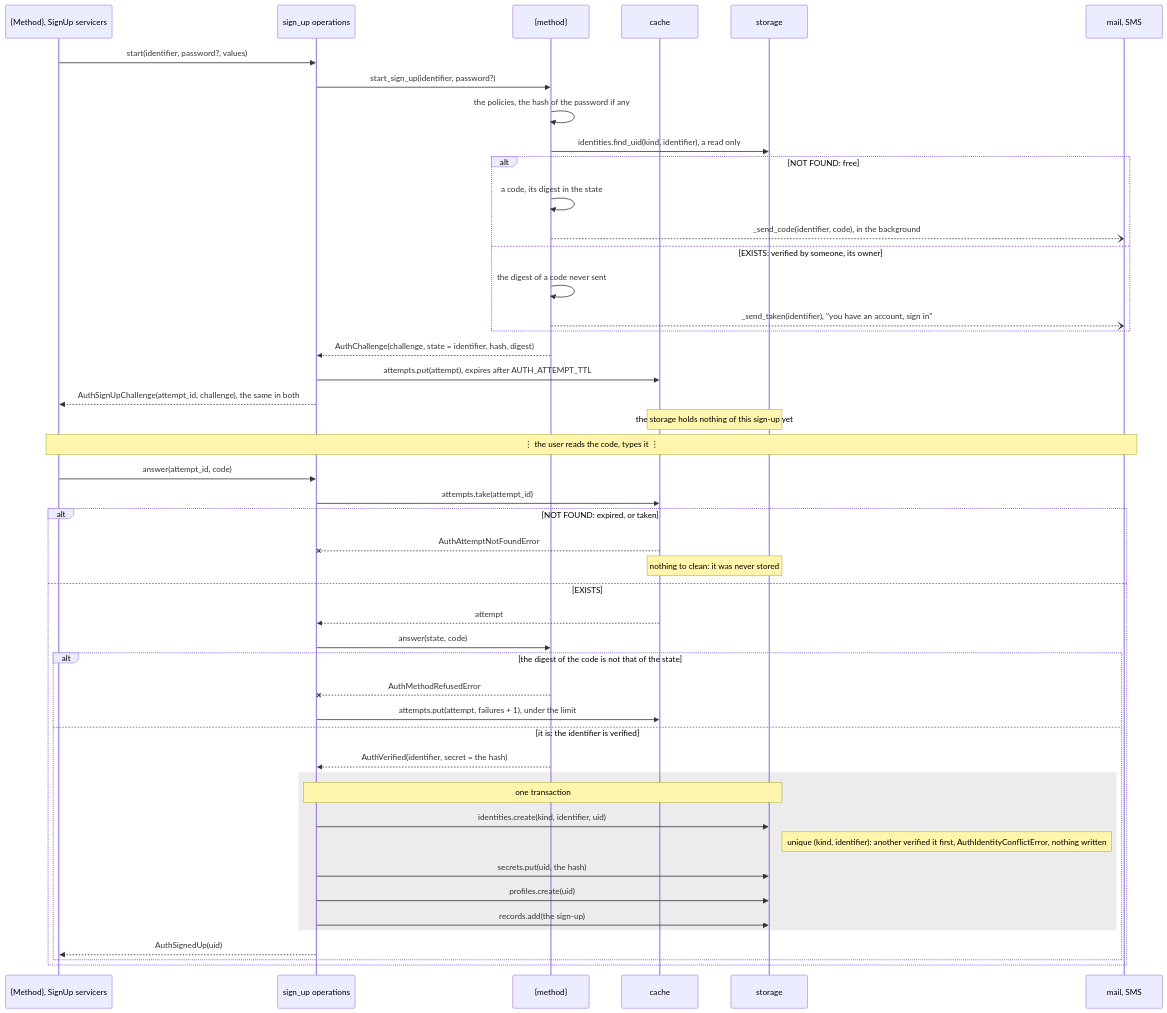
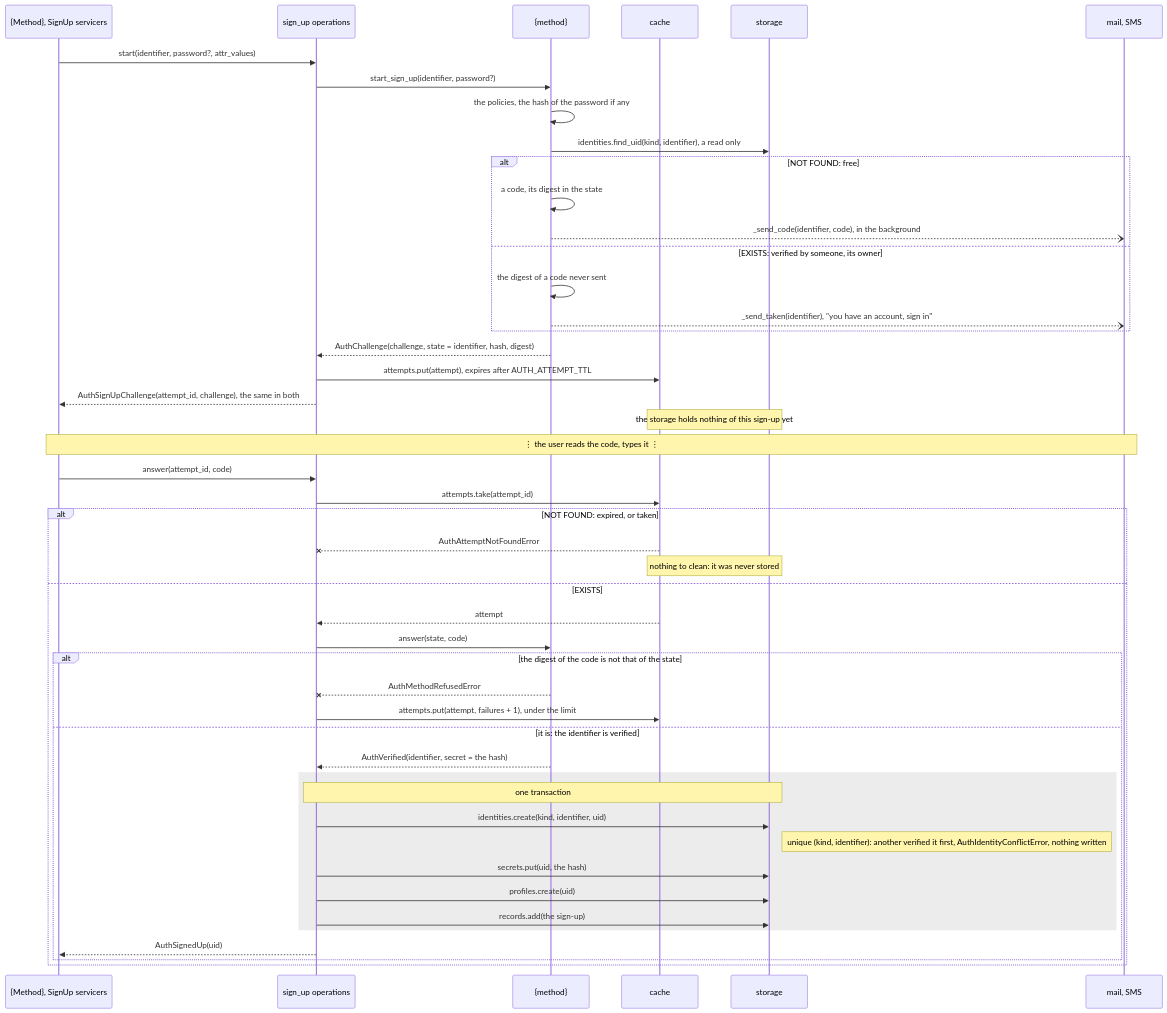
One commit to ak-ingots/ingots-libs changed the fourth of 4 diagrams in docs/design/auth/methods/README.md. Above: the diagram before and after it, drawn with Mermaid. The commit also changed other lines of this file and 8 other files, not shown here.

````diff
--- a/docs/design/auth/methods/README.md
+++ b/docs/design/auth/methods/README.md
@@ -281,49 +281,49 @@
 ```mermaid
 sequenceDiagram
     participant Servicer as {Method}, SignUp servicers
     participant Flow as sign_up operations
     participant Method as {method}
     participant Cache as cache
     participant Storage as storage
     participant Outside as mail, SMS
-    Servicer->>Flow: start(identifier, password?, values)
+    Servicer->>Flow: start(identifier, password?, attr_values)
     Flow->>Method: start_sign_up(identifier, password?)
     Method->>Method: the policies, the hash of the password if any
     Method->>Storage: identities.find_uid(kind, identifier), a read only
     alt NOT FOUND: free
         Method->>Method: a code, its digest in the state
         Method--)Outside: _send_code(identifier, code), in the background
     else EXISTS: verified by someone, its owner
         Method->>Method: the digest of a code never sent
         Method--)Outside: _send_taken(identifier), "you have an account, sign in"
     end
     Method-->>Flow: AuthChallenge(challenge, state = identifier, hash, digest)
     Flow->>Cache: attempts.put(attempt), expires after AUTH_ATTEMPT_TTL
     Flow-->>Servicer: AuthSignUpChallenge(attempt_id, challenge), the same in both
     Note over Cache,Storage: the storage holds nothing of this sign-up yet
     Note over Servicer,Outside: ⋮ the user reads the code, types it ⋮
     Servicer->>Flow: answer(attempt_id, code)
     Flow->>Cache: attempts.take(attempt_id)
     alt NOT FOUND: expired, or taken
         Cache--xFlow: AuthAttemptNotFoundError
         Note over Cache,Storage: nothing to clean: it was never stored
     else EXISTS
         Cache-->>Flow: attempt
         Flow->>Method: answer(state, code)
         alt the digest of the code is not that of the state
             Method--xFlow: AuthMethodRefusedError
             Flow->>Cache: attempts.put(attempt, failures + 1), under the limit
         else it is: the identifier is verified
             Method-->>Flow: AuthVerified(identifier, secret = the hash)
             rect rgba(128, 128, 128, 0.15)
                 Note over Flow,Storage: one transaction
                 Flow->>Storage: identities.create(kind, identifier, uid)
                 Note right of Storage: unique (kind, identifier): another verified it first, AuthIdentityConflictError, nothing written
                 Flow->>Storage: secrets.put(uid, the hash)
                 Flow->>Storage: profiles.create(uid)
                 Flow->>Storage: records.add(the sign-up)
             end
             Flow-->>Servicer: AuthSignedUp(uid)
         end
     end
 ```
````
